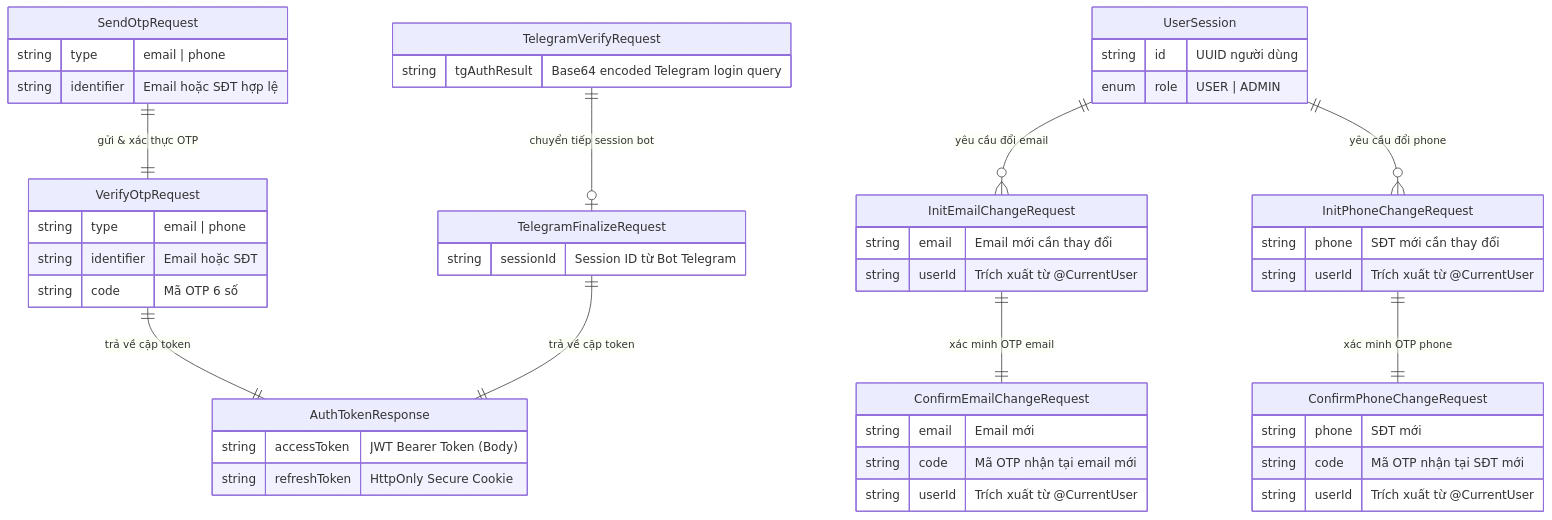
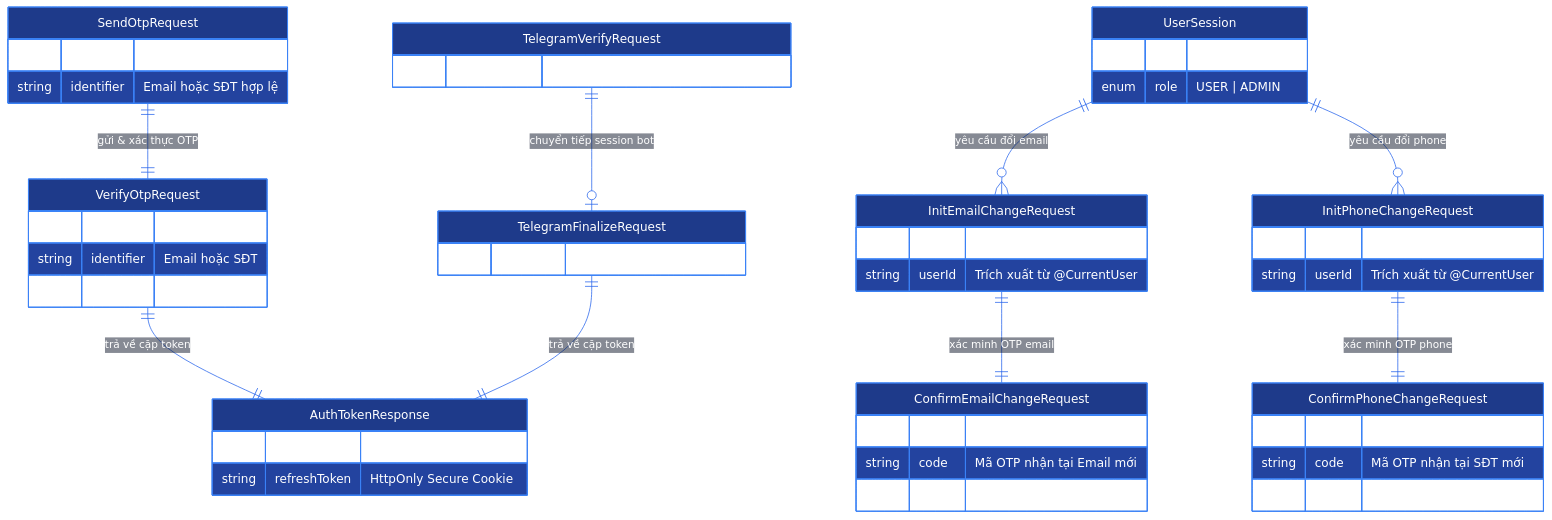
The second of 7 diagrams in apps/gateway-service/README.md (kan-ckm/tomato_cinema), drawn with Mermaid before and after one commit. The commit also changed other lines of this file and 3 other files, not shown here.

Commit message:
docs: tối ưu hóa màu sắc sơ đồ Mermaid trong toàn bộ README cho cả Dark và Light theme

````diff
--- a/apps/gateway-service/README.md
+++ b/apps/gateway-service/README.md
@@ -49,62 +60,78 @@
 ```mermaid
+%%{
+  init: {
+    'theme': 'base',
+    'themeVariables': {
+      'primaryColor': '#1e3a8a',
+      'primaryTextColor': '#ffffff',
+      'primaryBorderColor': '#3b82f6',
+      'lineColor': '#2563eb',
+      'secondaryColor': '#1e293b',
+      'tertiaryColor': '#0f172a',
+      'attributeBackgroundColorOdd': '#1e293b',
+      'attributeBackgroundColorEven': '#0f172a',
+      'attributeTextColor': '#ffffff'
+    }
+  }
+}%%
 erDiagram
     SendOtpRequest {
         string type "email | phone"
         string identifier "Email hoặc SĐT hợp lệ"
     }
 
     VerifyOtpRequest {
         string type "email | phone"
         string identifier "Email hoặc SĐT"
         string code "Mã OTP 6 số"
     }
 
     AuthTokenResponse {
         string accessToken "JWT Bearer Token (Body)"
         string refreshToken "HttpOnly Secure Cookie"
     }
 
     TelegramVerifyRequest {
         string tgAuthResult "Base64 encoded Telegram login query"
     }
 
     TelegramFinalizeRequest {
         string sessionId "Session ID từ Bot Telegram"
     }
 
     InitEmailChangeRequest {
         string email "Email mới cần thay đổi"
         string userId "Trích xuất từ @CurrentUser"
     }
 
     ConfirmEmailChangeRequest {
         string email "Email mới"
-        string code "Mã OTP nhận tại email mới"
+        string code "Mã OTP nhận tại Email mới"
         string userId "Trích xuất từ @CurrentUser"
     }
 
     InitPhoneChangeRequest {
         string phone "SĐT mới cần thay đổi"
         string userId "Trích xuất từ @CurrentUser"
     }
 
     ConfirmPhoneChangeRequest {
         string phone "SĐT mới"
         string code "Mã OTP nhận tại SĐT mới"
         string userId "Trích xuất từ @CurrentUser"
     }
 
     UserSession {
         string id "UUID người dùng"
         enum role "USER | ADMIN"
     }
 
     SendOtpRequest ||--|| VerifyOtpRequest : "gửi & xác thực OTP"
     VerifyOtpRequest ||--|| AuthTokenResponse : "trả về cặp token"
     TelegramVerifyRequest ||--o| TelegramFinalizeRequest : "chuyển tiếp session bot"
     TelegramFinalizeRequest ||--|| AuthTokenResponse : "trả về cặp token"
     UserSession ||--o{ InitEmailChangeRequest : "yêu cầu đổi email"
     InitEmailChangeRequest ||--|| ConfirmEmailChangeRequest : "xác minh OTP email"
     UserSession ||--o{ InitPhoneChangeRequest : "yêu cầu đổi phone"
     InitPhoneChangeRequest ||--|| ConfirmPhoneChangeRequest : "xác minh OTP phone"
 ```
````
